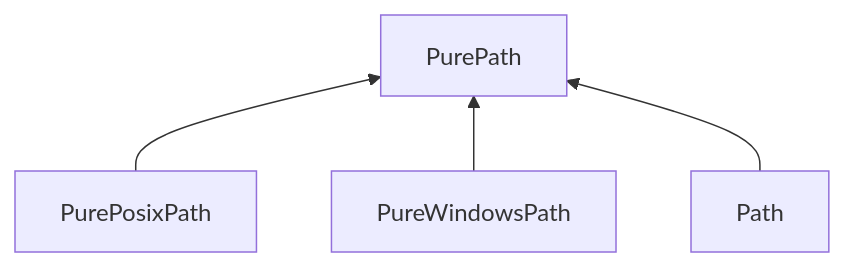
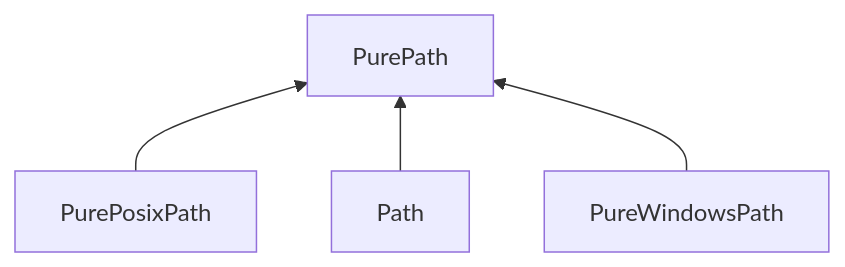
One commit to rewgs/go-pathlib changed the diagram in README.md. Above: the diagram before and after it, drawn with Mermaid. The commit also changed other lines of this file, not shown here.

````diff
--- a/README.md
+++ b/README.md
@@ -17,6 +17,6 @@
 ```mermaid
 graph BT;
     PurePosixPath --> PurePath;
+    Path --> PurePath;
     PureWindowsPath --> PurePath;
-    Path --> PurePath;
 ```
````
